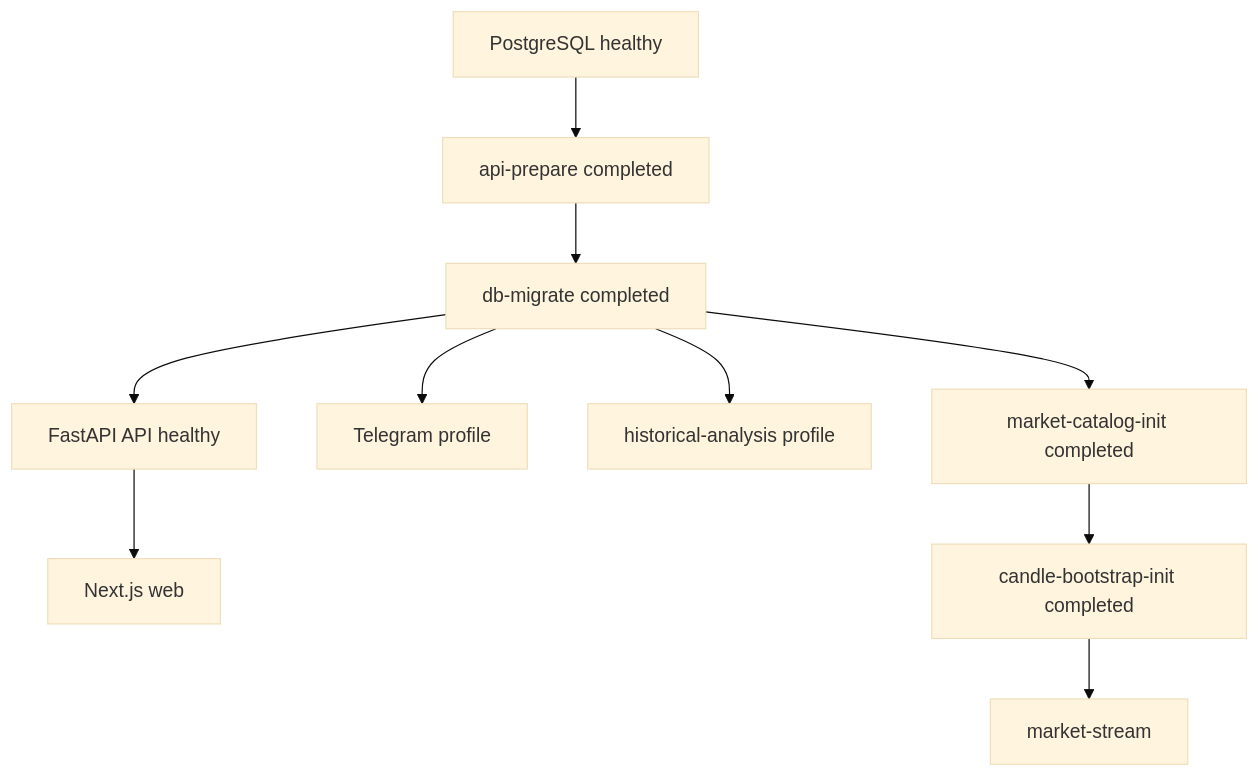
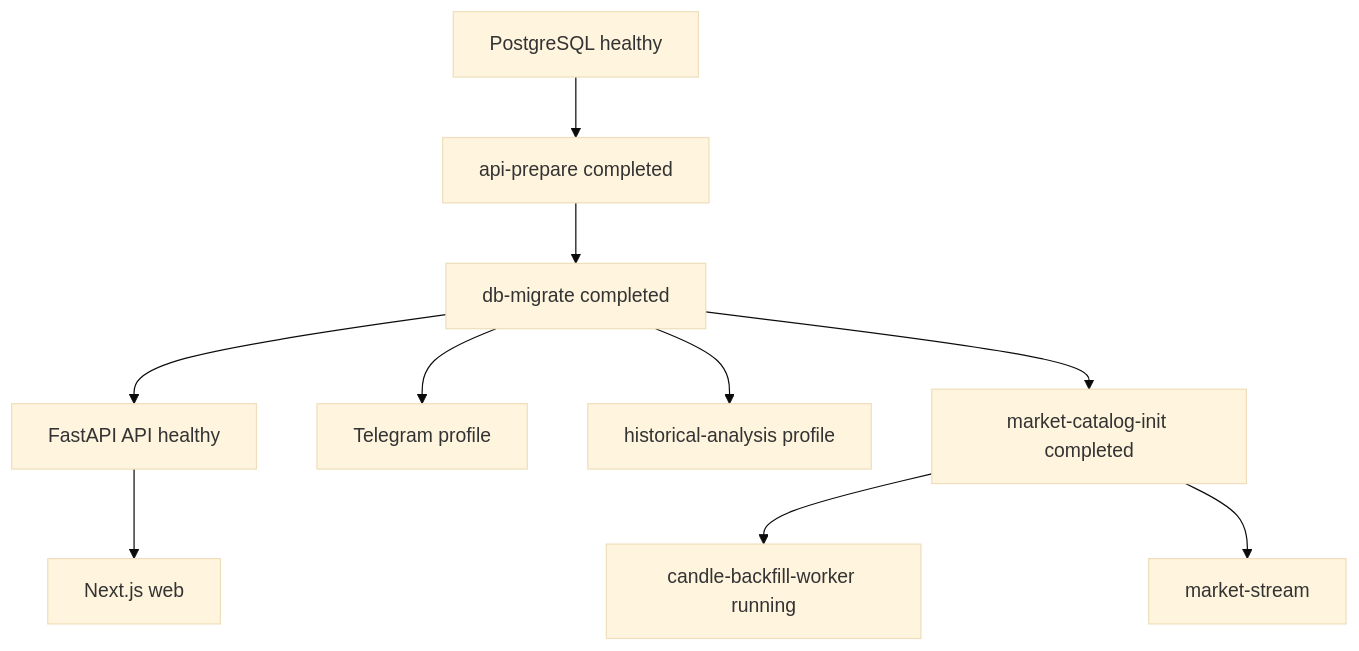
One commit to VietCT04/FreeCoinAlert changed the second of 2 diagrams in docs/ARCHITECTURE.md. Above: the diagram before and after it, drawn with Mermaid (base theme). The commit also changed other lines of this file and 31 other files, not shown here.

````diff
--- a/docs/ARCHITECTURE.md
+++ b/docs/ARCHITECTURE.md
@@ -36,12 +36,12 @@
 ```mermaid
 flowchart TD
   DB[PostgreSQL healthy] --> Prepare[api-prepare completed]
   Prepare --> Migrate[db-migrate completed]
   Migrate --> API[FastAPI API healthy]
   API --> Web[Next.js web]
   Migrate --> Telegram[Telegram profile]
   Migrate --> Analysis[historical-analysis profile]
   Migrate --> Catalog[market-catalog-init completed]
-  Catalog --> Bootstrap[candle-bootstrap-init completed]
-  Bootstrap --> Market[market-stream]
+  Catalog --> Backfill[candle-backfill-worker running]
+  Catalog --> Market[market-stream]
 ```
````
